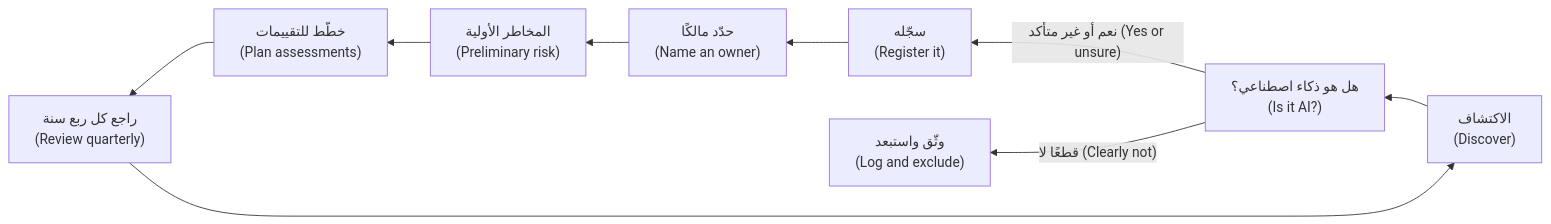
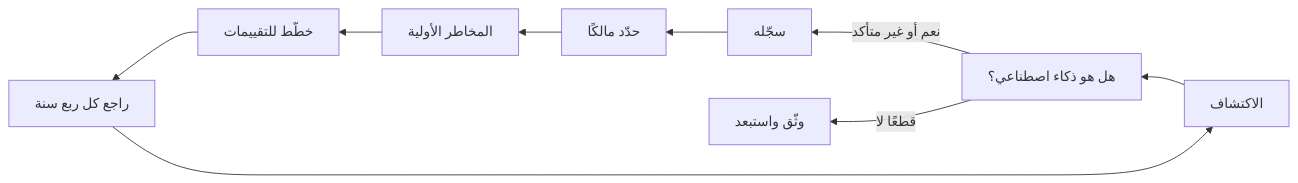
One commit to Tamoura/system-design-for-vibe-coders changed the second of 2 diagrams in aigp/modules/00-orientation.ar.md. Above: the diagram before and after it, drawn with Mermaid. The commit also changed other lines of this file and 551 other files, not shown here.

````diff
--- a/aigp/modules/00-orientation.ar.md
+++ b/aigp/modules/00-orientation.ar.md
@@ -560,11 +564,11 @@
 ```mermaid
 flowchart RL
-    A["الاكتشاف<br/>(Discover)"] --> B["هل هو ذكاء اصطناعي؟<br/>(Is it AI?)"]
-    B -->|"نعم أو غير متأكد (Yes or unsure)"| C["سجّله<br/>(Register it)"]
-    B -->|"قطعًا لا (Clearly not)"| X["وثّق واستبعد<br/>(Log and exclude)"]
-    C --> D["حدّد مالكًا<br/>(Name an owner)"]
-    D --> E["المخاطر الأولية<br/>(Preliminary risk)"]
-    E --> F["خطّط للتقييمات<br/>(Plan assessments)"]
-    F --> G["راجع كل ربع سنة<br/>(Review quarterly)"]
+    A["الاكتشاف"] --> B["هل هو ذكاء اصطناعي؟"]
+    B -->|"نعم أو غير متأكد"| C["سجّله"]
+    B -->|"قطعًا لا"| X["وثّق واستبعد"]
+    C --> D["حدّد مالكًا"]
+    D --> E["المخاطر الأولية"]
+    E --> F["خطّط للتقييمات"]
+    F --> G["راجع كل ربع سنة"]
     G --> A
 ```
````
